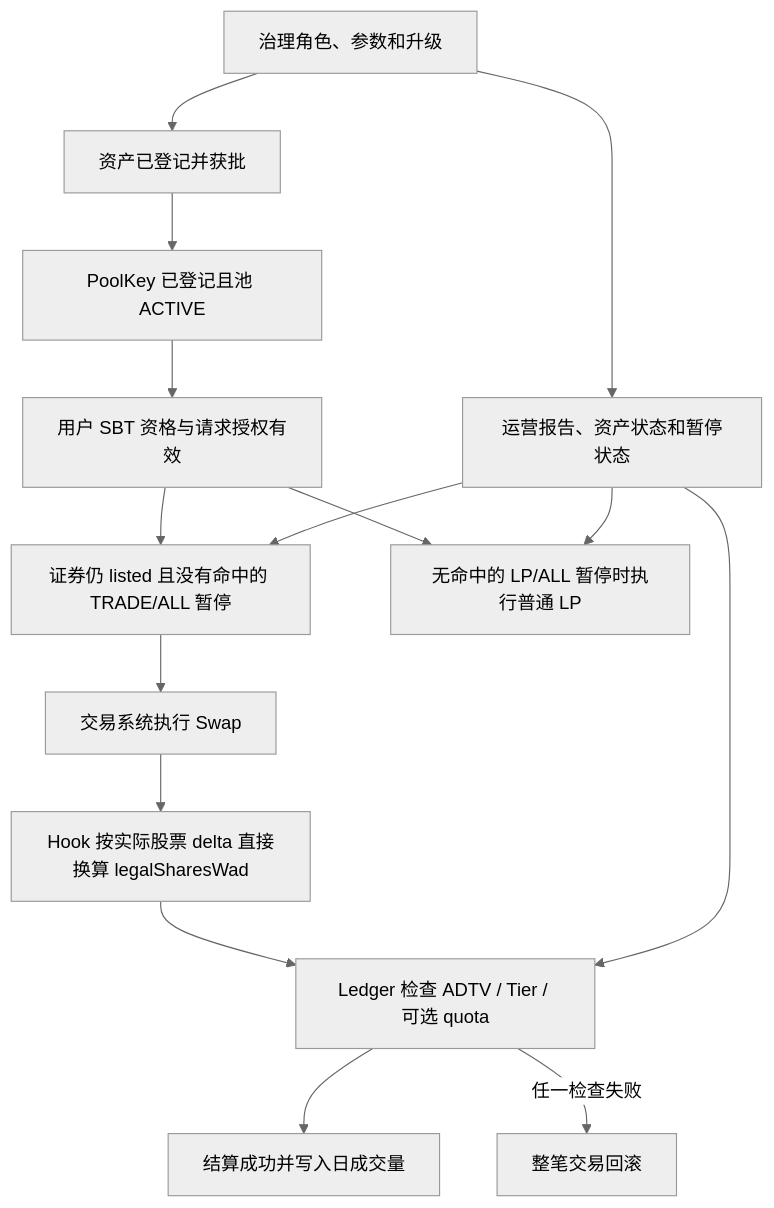
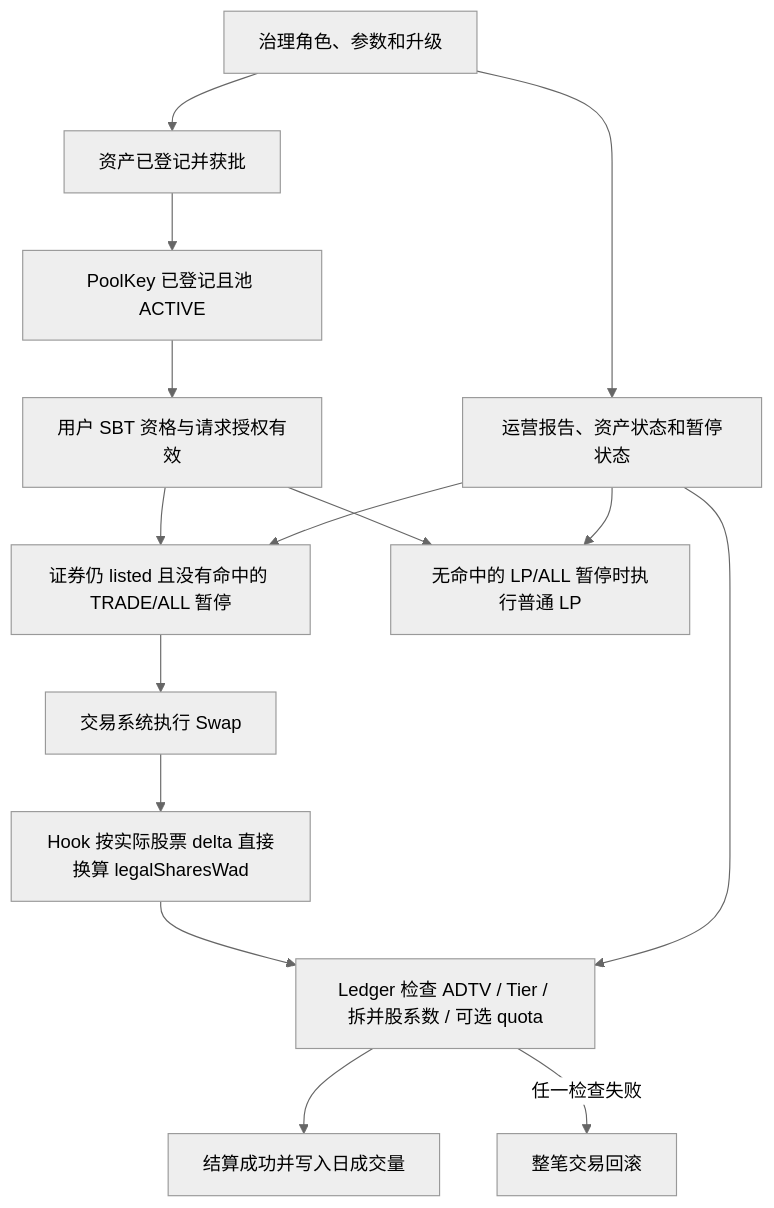
One commit to okx/tsv changed the seventh of 7 diagrams in docs/SYSTEMS_OVERVIEW.md. Above: the diagram before and after it, drawn with Mermaid (neutral theme). The commit also changed other lines of this file and 121 other files, not shown here.

````diff
--- a/docs/SYSTEMS_OVERVIEW.md
+++ b/docs/SYSTEMS_OVERVIEW.md
@@ -702,17 +655,17 @@
 ```mermaid
 flowchart TD
   A[资产已登记并获批] --> B[PoolKey 已登记且池 ACTIVE]
   B --> C[用户 SBT 资格与请求授权有效]
   C --> D[证券仍 listed 且没有命中的 TRADE/ALL 暂停]
   C --> LP[无命中的 LP/ALL 暂停时执行普通 LP]
   R --> LP
   D --> E[交易系统执行 Swap]
   E --> F[Hook 按实际股票 delta 直接换算 legalSharesWad]
-  F --> G[Ledger 检查 ADTV / Tier / 可选 quota]
+  F --> G[Ledger 检查 ADTV / Tier / 拆并股系数 / 可选 quota]
   G --> H[结算成功并写入日成交量]
   G -->|任一检查失败| X[整笔交易回滚]
   R[运营报告、资产状态和暂停状态] --> D
   R --> G
   T[治理角色、参数和升级] --> R
   T --> A
 ```
````
